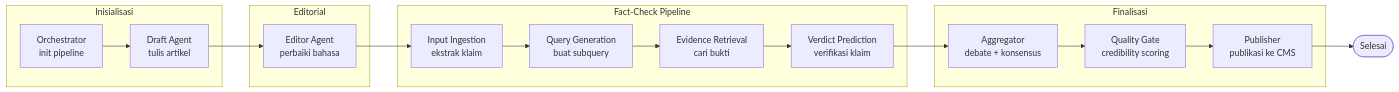
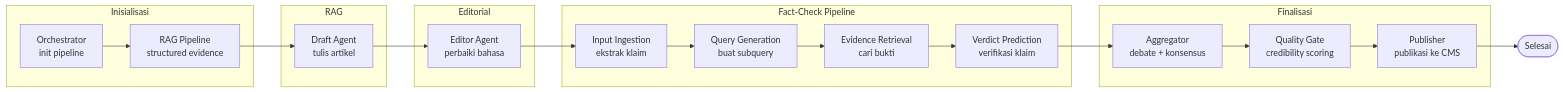
Before and after one commit to learn-debug/berita: the first of 4 diagrams in docs/ARCHITECTURE.md, drawn with Mermaid. The commit also changed other lines of this file and 8 other files, not shown here.

````diff
--- a/docs/ARCHITECTURE.md
+++ b/docs/ARCHITECTURE.md
@@ -165,25 +165,29 @@
 ```mermaid
 flowchart LR
     subgraph Init["Inisialisasi"]
-        A[Orchestrator<br/>init pipeline] --> B[Draft Agent<br/>tulis artikel]
+        A[Orchestrator<br/>init pipeline] --> RAG[RAG Pipeline<br/>structured evidence]
+    end
+
+    subgraph RAGNode["RAG"]
+        RAG --> B[Draft Agent<br/>tulis artikel]
     end
 
     subgraph Editorial["Editorial"]
         B --> C[Editor Agent<br/>perbaiki bahasa]
     end
 
     subgraph FactCheck["Fact-Check Pipeline"]
         C --> D[Input Ingestion<br/>ekstrak klaim]
         D --> E[Query Generation<br/>buat subquery]
         E --> F[Evidence Retrieval<br/>cari bukti]
         F --> G[Verdict Prediction<br/>verifikasi klaim]
     end
 
     subgraph Finalization["Finalisasi"]
         G --> H[Aggregator<br/>debate + konsensus]
         H --> I[Quality Gate<br/>credibility scoring]
         I --> J[Publisher<br/>publikasi ke CMS]
     end
 
     J --> END([Selesai])
 ```
````
